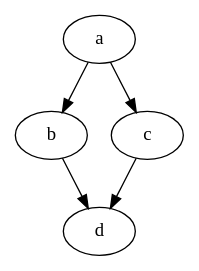
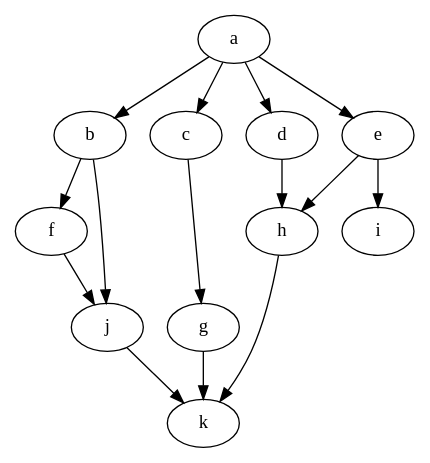
One commit to nateeo/parallel-task-scheduler changed the diagram in INPUT-output.dot. Above: the diagram before and after it, drawn with Graphviz. The commit also changed 2 other files, not shown here.

```diff
--- a/INPUT-output.dot
+++ b/INPUT-output.dot
@@ -1,10 +1,27 @@
-digraph "outputExample" {
-	a				[ Weight =2,Start =0,Processor =1];
-	b				[ Weight =3,Start =3,Processor =2];
-    a -> b          [ Weight =1];
-	c				[ Weight =3,Start =2,Processor =1];
-    a -> c          [ Weight =2];
-	d				[ Weight =2,Start =6,Processor =2];
-    b -> d          [ Weight =2];
-    c -> d          [ Weight =1];
+digraph "outputExampleLarge" {
+	a				[ Weight =2,Start =0,Processor =2];
+	b				[ Weight =4,Start =7,Processor =2];
+	c				[ Weight =4,Start =4,Processor =1];
+	d				[ Weight =5,Start =2,Processor =2];
+	e				[ Weight =4,Start =8,Processor =1];
+	f				[ Weight =3,Start =11,Processor =2];
+	g				[ Weight =2,Start =17,Processor =2];
+	h				[ Weight =5,Start =12,Processor =1];
+	i				[ Weight =4,Start =17,Processor =1];
+	j				[ Weight =3,Start =14,Processor =2];
+	k				[ Weight =2,Start =20,Processor =2];
+    a -> b      [ Weight =6];
+    a -> c      [ Weight =2];
+    a -> d      [ Weight =3];
+    a -> e      [ Weight =4];
+    b -> f      [ Weight =4];
+    b -> j      [ Weight =6];
+    c -> g      [ Weight =2];
+    d -> h      [ Weight =4];
+    e -> h      [ Weight =2];
+    e -> i      [ Weight =3];
+    f -> j      [ Weight =4];
+    g -> k      [ Weight =2];
+    h -> k      [ Weight =3];
+    j -> k      [ Weight =6];
 }
```
